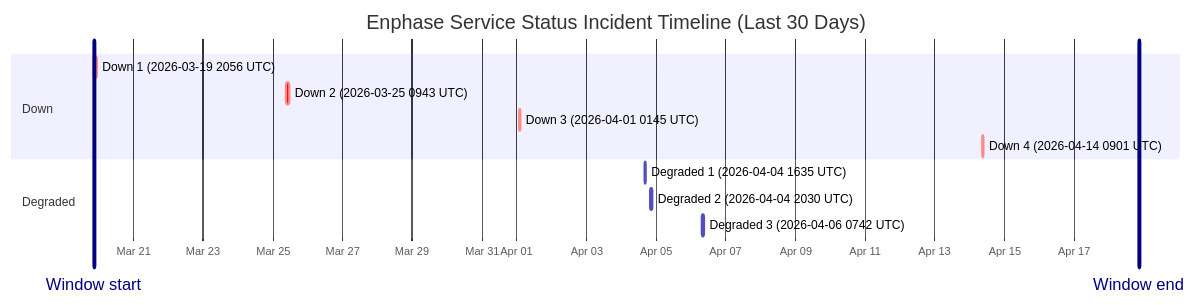
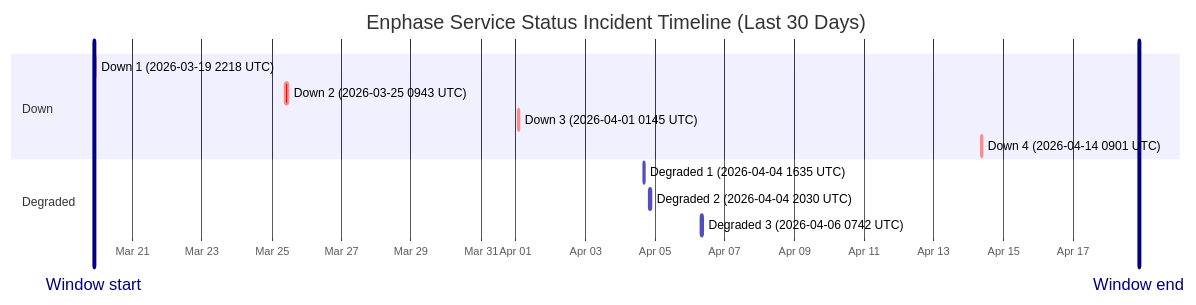
One commit to barneyonline/ha-enphase-ev-charger changed the diagram in wiki/Service-Status-History.md. Above: the diagram before and after it, drawn with Mermaid. The commit also changed other lines of this file and 3 other files, not shown here.

````diff
--- a/wiki/Service-Status-History.md
+++ b/wiki/Service-Status-History.md
@@ -14,17 +14,17 @@
 ```mermaid
 gantt
     title Enphase Service Status Incident Timeline (Last 30 Days)
     dateFormat  YYYY-MM-DDTHH:mm:ss
     axisFormat  %b %d
-    Window start :vert, window-start, 2026-03-19T20:48:28, 0ms
-    Window end :vert, window-end, 2026-04-18T20:48:28, 0ms
+    Window start :vert, window-start, 2026-03-19T21:34:36, 0ms
+    Window end :vert, window-end, 2026-04-18T21:34:36, 0ms
     section Down
-    Down 1 (2026-03-19 2056 UTC) :crit, down-1, 2026-03-19T20:56:20, 145m
+    Down 1 (2026-03-19 2218 UTC) :crit, down-1, 2026-03-19T22:18:28, 63m
     Down 2 (2026-03-25 0943 UTC) :crit, down-2, 2026-03-25T09:43:28, 111m
     Down 3 (2026-04-01 0145 UTC) :crit, down-3, 2026-04-01T01:45:09, 60m
     Down 4 (2026-04-14 0901 UTC) :crit, down-4, 2026-04-14T09:01:13, 60m
     section Degraded
     Degraded 1 (2026-04-04 1635 UTC) :active, degraded-1, 2026-04-04T16:35:17, 60m
     Degraded 2 (2026-04-04 2030 UTC) :active, degraded-2, 2026-04-04T20:30:40, 60m
     Degraded 3 (2026-04-06 0742 UTC) :active, degraded-3, 2026-04-06T07:42:09, 85m
 ```
````
